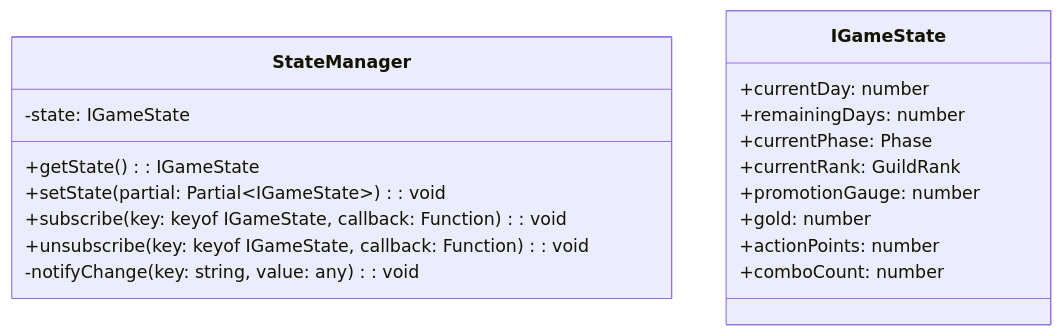
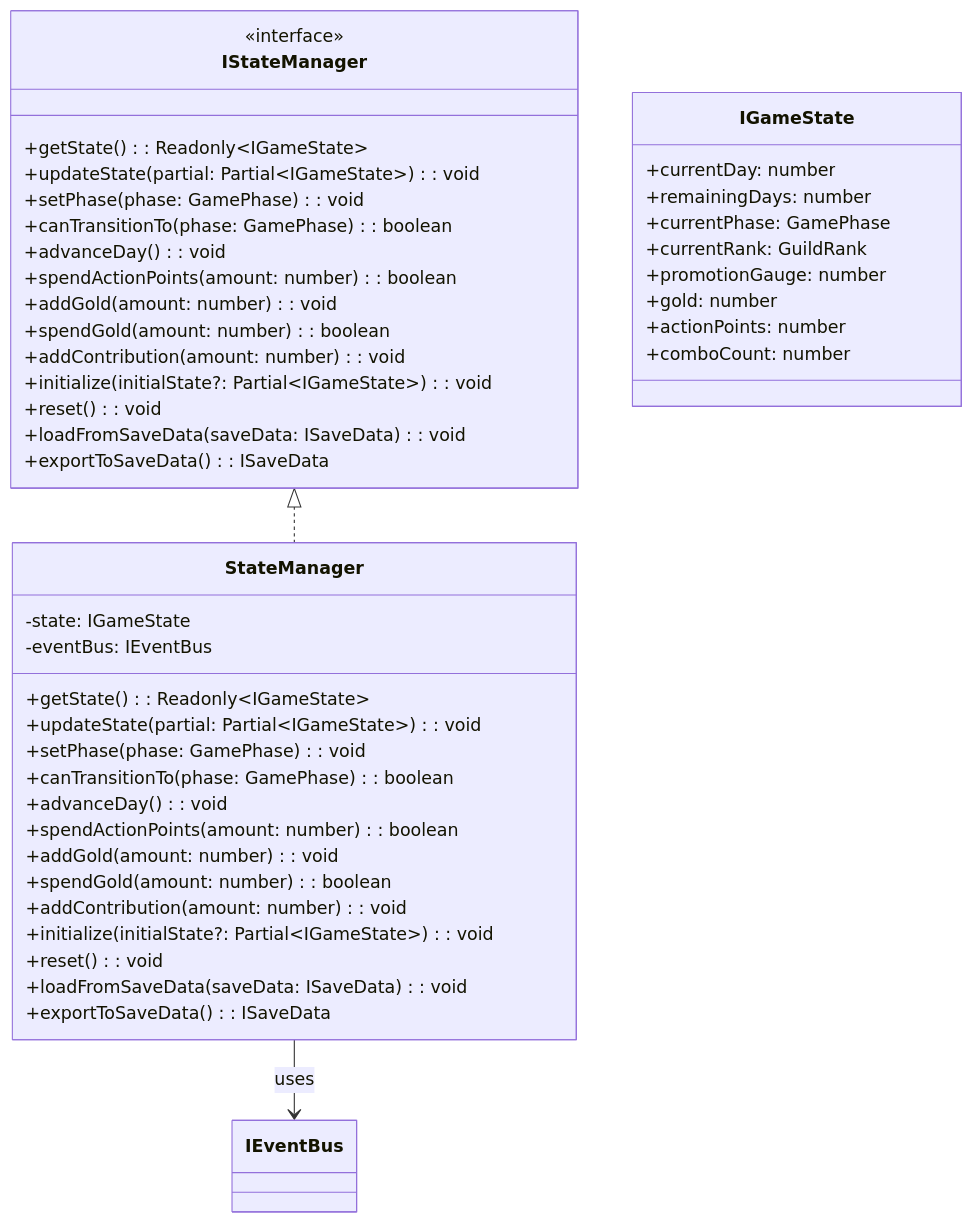
The fifth of 5 diagrams in docs/design/atelier-guild-rank/core-systems-infrastructure.md (yaguma/atelier), drawn with Mermaid before and after one commit. The commit also changed other lines of this file, not shown here.

Commit message:
docs: レビュー指摘に基づきStateManagerクラス図・イベント定義表を修正

````diff
--- a/docs/design/atelier-guild-rank/core-systems-infrastructure.md
+++ b/docs/design/atelier-guild-rank/core-systems-infrastructure.md
@@ -520,22 +520,51 @@
 ```mermaid
 classDiagram
+    class IStateManager {
+        <<interface>>
+        +getState(): Readonly~IGameState~
+        +updateState(partial: Partial~IGameState~): void
+        +setPhase(phase: GamePhase): void
+        +canTransitionTo(phase: GamePhase): boolean
+        +advanceDay(): void
+        +spendActionPoints(amount: number): boolean
+        +addGold(amount: number): void
+        +spendGold(amount: number): boolean
+        +addContribution(amount: number): void
+        +initialize(initialState?: Partial~IGameState~): void
+        +reset(): void
+        +loadFromSaveData(saveData: ISaveData): void
+        +exportToSaveData(): ISaveData
+    }
+
     class StateManager {
         -state: IGameState
-        +getState(): IGameState
-        +setState(partial: Partial~IGameState~): void
-        +subscribe(key: keyof IGameState, callback: Function): void
-        +unsubscribe(key: keyof IGameState, callback: Function): void
-        -notifyChange(key: string, value: any): void
+        -eventBus: IEventBus
+        +getState(): Readonly~IGameState~
+        +updateState(partial: Partial~IGameState~): void
+        +setPhase(phase: GamePhase): void
+        +canTransitionTo(phase: GamePhase): boolean
+        +advanceDay(): void
+        +spendActionPoints(amount: number): boolean
+        +addGold(amount: number): void
+        +spendGold(amount: number): boolean
+        +addContribution(amount: number): void
+        +initialize(initialState?: Partial~IGameState~): void
+        +reset(): void
+        +loadFromSaveData(saveData: ISaveData): void
+        +exportToSaveData(): ISaveData
     }
 
     class IGameState {
         +currentDay: number
         +remainingDays: number
-        +currentPhase: Phase
+        +currentPhase: GamePhase
         +currentRank: GuildRank
         +promotionGauge: number
         +gold: number
         +actionPoints: number
         +comboCount: number
     }
+
+    IStateManager <|.. StateManager
+    StateManager --> IEventBus : uses
 ```
````
